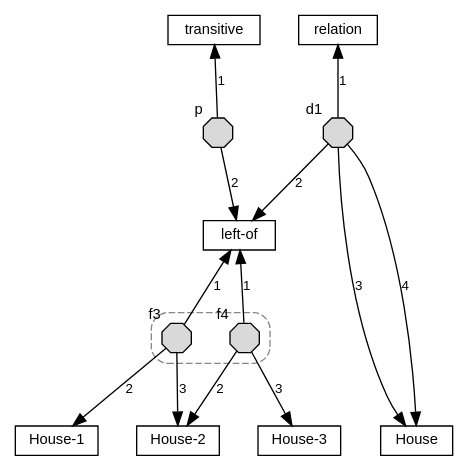
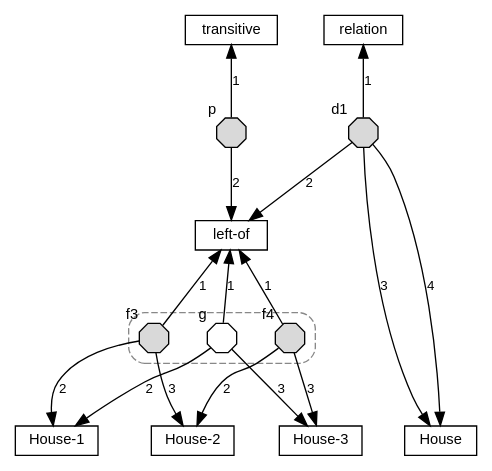
One commit to agutikov/ein changed the diagram in docs/ein/reasoning/01-static-ir/diagrams/01-relation-extent.dot. Above: the diagram before and after it, drawn with Graphviz. The commit also changed 3 other files, not shown here.

```diff
--- a/docs/ein/reasoning/01-static-ir/diagrams/01-relation-extent.dot
+++ b/docs/ein/reasoning/01-static-ir/diagrams/01-relation-extent.dot
@@ -1,26 +1,30 @@
 digraph one_relation {
   rankdir=TB; nodesep=0.4; ranksep=0.6;
   node [shape=box, fontname="Helvetica", fontsize=11, height=0.3];
   edge [fontname="Helvetica", fontsize=10];
   { rank=min; "transitive"; "relation"; }
   "left-of";
   { rank=max; "House-1"; "House-2"; "House-3"; "House"; }
   node [shape=octagon, label="", width=0.3, height=0.3, fixedsize=true, style=filled, fillcolor="#d9d9d9"];
   p [xlabel="p"]; d1 [xlabel="d1"];
   { rank=same; p; d1; }
   subgraph cluster_extent { style="rounded,dashed"; color="#888888";
     f3 [xlabel="f3"]; f4 [xlabel="f4"];
+    g [xlabel="g", style=solid];
   }
   p -> "transitive" [label="1"];
   p -> "left-of" [label="2"];
   d1 -> "relation" [label="1"];
   d1 -> "left-of" [label="2"];
   d1 -> "House" [label="3"];
   d1 -> "House" [label="4"];
   "left-of" -> f3 [label="1", dir=back];
   f3 -> "House-1" [label="2"];
   f3 -> "House-2" [label="3"];
   "left-of" -> f4 [label="1", dir=back];
   f4 -> "House-2" [label="2"];
   f4 -> "House-3" [label="3"];
+  "left-of" -> g [label="1", dir=back];
+  g -> "House-1" [label="2"];
+  g -> "House-3" [label="3"];
 }
```
